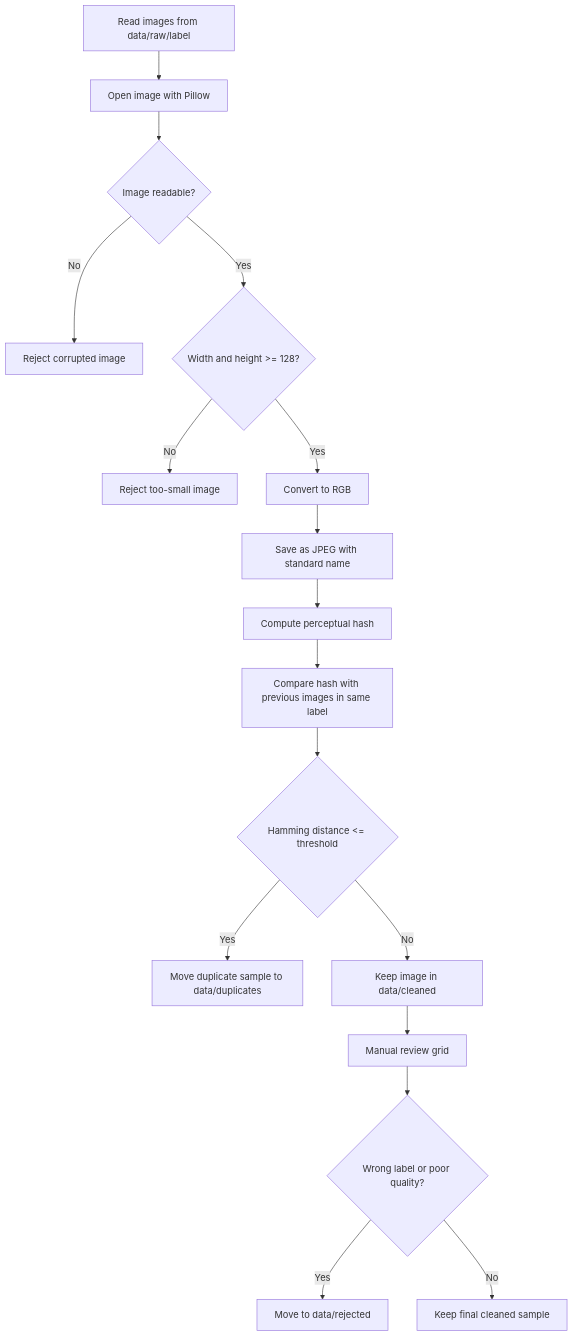
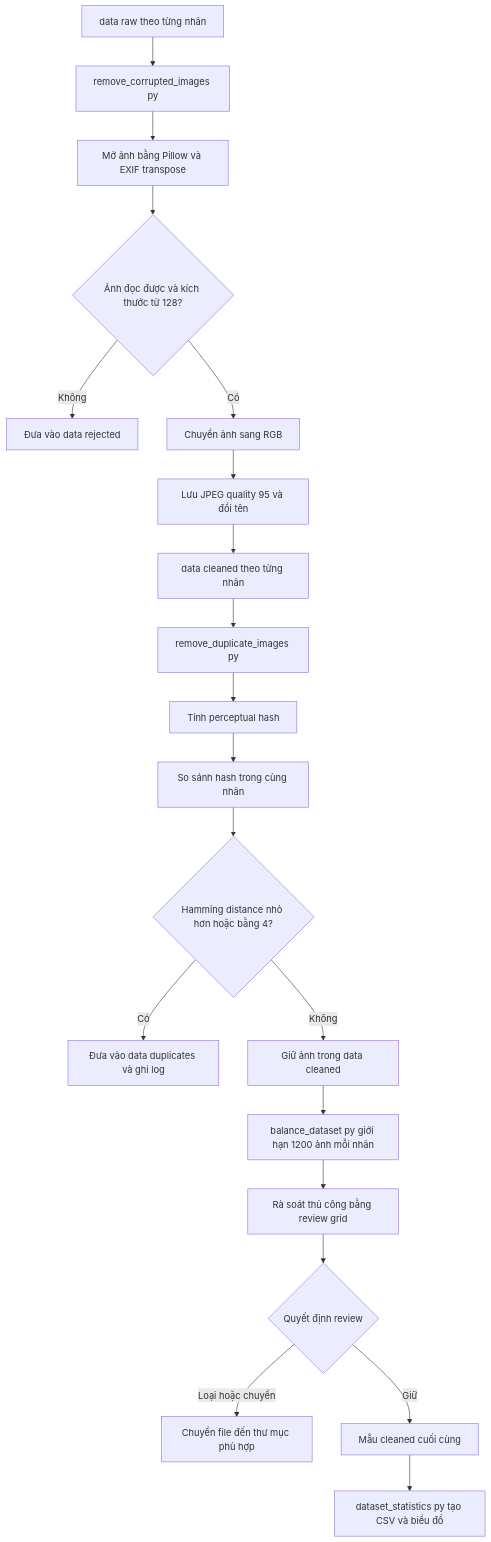
Before and after one commit to flyingdoggoo/vehicle-classification: the diagram in traffic_vehicle_classification/report_docs/mermaid/clean_dedup_flow.mmd, drawn with Mermaid. The commit also changed other lines of this file and 23 other files, not shown here.

```diff
--- a/traffic_vehicle_classification/report_docs/mermaid/clean_dedup_flow.mmd
+++ b/traffic_vehicle_classification/report_docs/mermaid/clean_dedup_flow.mmd
@@ -1,17 +1,20 @@
 flowchart TD
-    A[Read images from data/raw/label] --> B[Open image with Pillow]
-    B --> C{Image readable?}
-    C -- No --> D[Reject corrupted image]
-    C -- Yes --> E{Width and height >= 128?}
-    E -- No --> F[Reject too-small image]
-    E -- Yes --> G[Convert to RGB]
-    G --> H[Save as JPEG with standard name]
-    H --> I[Compute perceptual hash]
-    I --> J[Compare hash with previous images in same label]
-    J --> K{Hamming distance <= threshold}
-    K -- Yes --> L[Move duplicate sample to data/duplicates]
-    K -- No --> M[Keep image in data/cleaned]
-    M --> N[Manual review grid]
-    N --> O{Wrong label or poor quality?}
-    O -- Yes --> P[Move to data/rejected]
-    O -- No --> Q[Keep final cleaned sample]
+    A["data raw theo từng nhãn"] --> B["remove_corrupted_images py"]
+    B --> C["Mở ảnh bằng Pillow và EXIF transpose"]
+    C --> D{"Ảnh đọc được và kích thước từ 128?"}
+    D -- "Không" --> E["Đưa vào data rejected"]
+    D -- "Có" --> F["Chuyển ảnh sang RGB"]
+    F --> G["Lưu JPEG quality 95 và đổi tên"]
+    G --> H["data cleaned theo từng nhãn"]
+    H --> I["remove_duplicate_images py"]
+    I --> J["Tính perceptual hash"]
+    J --> K["So sánh hash trong cùng nhãn"]
+    K --> L{"Hamming distance nhỏ hơn hoặc bằng 4?"}
+    L -- "Có" --> M["Đưa vào data duplicates và ghi log"]
+    L -- "Không" --> N["Giữ ảnh trong data cleaned"]
+    N --> O["balance_dataset py giới hạn 1200 ảnh mỗi nhãn"]
+    O --> P["Rà soát thủ công bằng review grid"]
+    P --> Q{"Quyết định review"}
+    Q -- "Loại hoặc chuyển" --> R["Chuyển file đến thư mục phù hợp"]
+    Q -- "Giữ" --> S["Mẫu cleaned cuối cùng"]
+    S --> T["dataset_statistics py tạo CSV và biểu đồ"]
```
